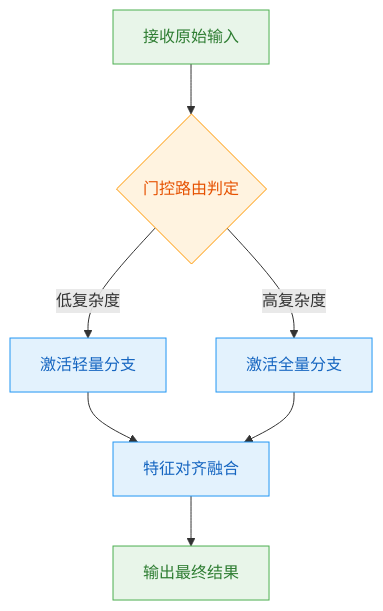
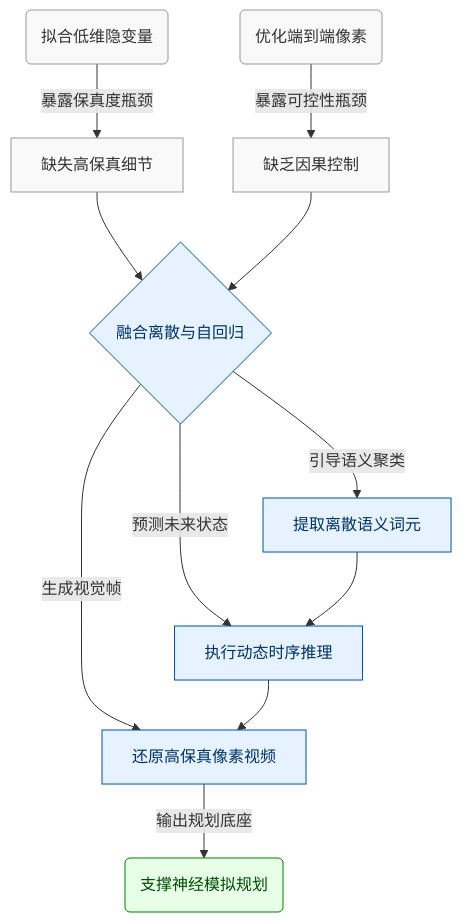
Before and after one commit to ShinewineW/paper-rolling: diagram 11 of 11 in person_vault/2026-06-08_GAIA1_2309.17080/report.md, drawn with Mermaid. The commit also changed other lines of this file and 51 other files, not shown here.

````diff
--- a/person_vault/2026-06-08_GAIA1_2309.17080/report.md
+++ b/person_vault/2026-06-08_GAIA1_2309.17080/report.md
@@ -438,16 +655,21 @@
 ```mermaid
-graph TB
-  input["接收原始输入"] --> gate{门控路由判定}
-  gate -->|低复杂度| branch_a["激活轻量分支"]
-  gate -->|高复杂度| branch_b["激活全量分支"]
-  branch_a --> merge["特征对齐融合"]
-  branch_b --> merge
-  merge --> output["输出最终结果"]
-  
-  classDef start_end fill:#e8f5e9,color:#2e7d32,stroke:#4caf50;
-  classDef decision fill:#fff3e0,color:#e65100,stroke:#ff9800;
-  classDef process fill:#e3f2fd,color:#1565c0,stroke:#2196f3;
-  class input,output start_end;
-  class gate decision;
-  class branch_a,branch_b,merge process;
+flowchart TD
+    classDef legacy fill:#f9f9f9,stroke:#999,color:#333
+    classDef gaia fill:#e6f2ff,stroke:#0055a4,color:#003366
+    classDef future fill:#e6ffe6,stroke:#008000,color:#004d00
+
+    A(拟合低维隐变量) -->|暴露保真度瓶颈| B["缺失高保真细节"]
+    C(优化端到端像素) -->|暴露可控性瓶颈| D["缺乏因果控制"]
+    B --> E{融合离散与自回归}
+    D --> E
+    E -->|引导语义聚类| F["提取离散语义词元"]
+    E -->|预测未来状态| G["执行动态时序推理"]
+    E -->|生成视觉帧| H["还原高保真像素视频"]
+    F --> G
+    G --> H
+    H -->|输出规划底座| I(支撑神经模拟规划)
+
+    class A,B,C,D legacy
+    class E,F,G,H gaia
+    class I future
 ```
````
